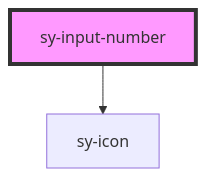
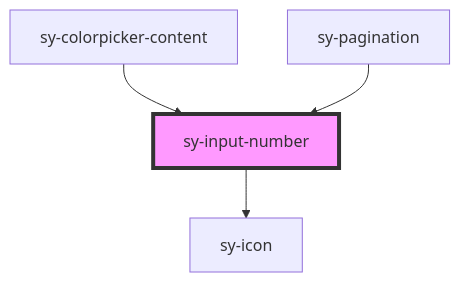
Before and after one commit to ksrae/saida-design-system-components: the diagram in design-system-light/src/components/input-number/readme.md, drawn with Mermaid. The commit also changed other lines of this file and 121 other files, not shown here.

````diff
--- a/design-system-light/src/components/input-number/readme.md
+++ b/design-system-light/src/components/input-number/readme.md
@@ -161,5 +166,7 @@
 ```mermaid
 graph TD;
   sy-input-number --> sy-icon
+  sy-colorpicker-content --> sy-input-number
+  sy-pagination --> sy-input-number
   style sy-input-number fill:#f9f,stroke:#333,stroke-width:4px
 ```
````
